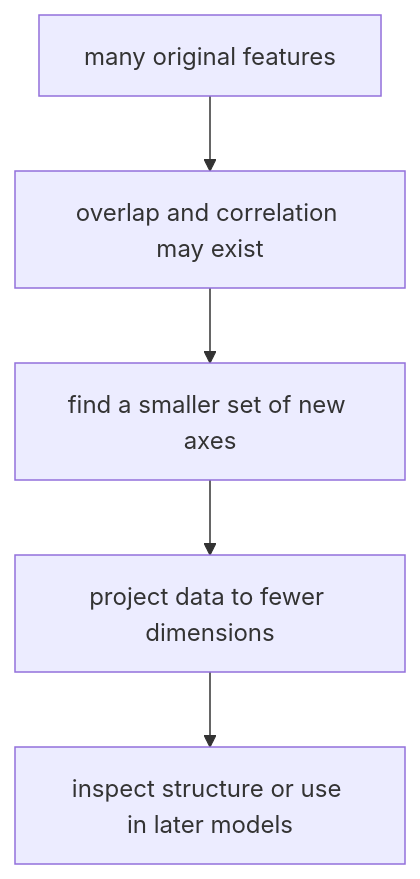
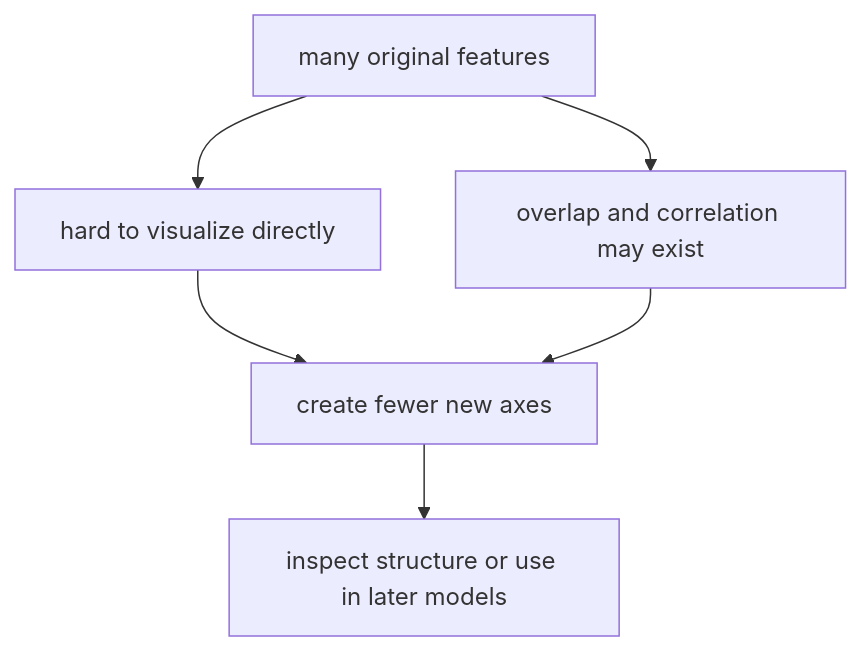
One commit to devchan64/AiBook changed the second of 4 diagrams in docs/parts/part-03/chapter-18/section-01.md. Above: the diagram before and after it, drawn with Mermaid. The commit also changed other lines of this file and 1 other file, not shown here.

Commit message:
docs: reduce redundant clustering diagrams

````diff
--- a/docs/parts/part-03/chapter-18/section-01.md
+++ b/docs/parts/part-03/chapter-18/section-01.md
@@ -139,10 +126,14 @@
 ```mermaid
 flowchart TB
   A["many original features"]
-  B["overlap and correlation may exist"]
-  C["find a smaller set of new axes"]
-  D["project data to fewer dimensions"]
+  B["hard to visualize directly"]
+  C["overlap and correlation may exist"]
+  D["create fewer new axes"]
   E["inspect structure or use in later models"]
 
-  A --> B --> C --> D --> E
+  A --> B
+  A --> C
+  B --> D
+  C --> D
+  D --> E
 ```
````
